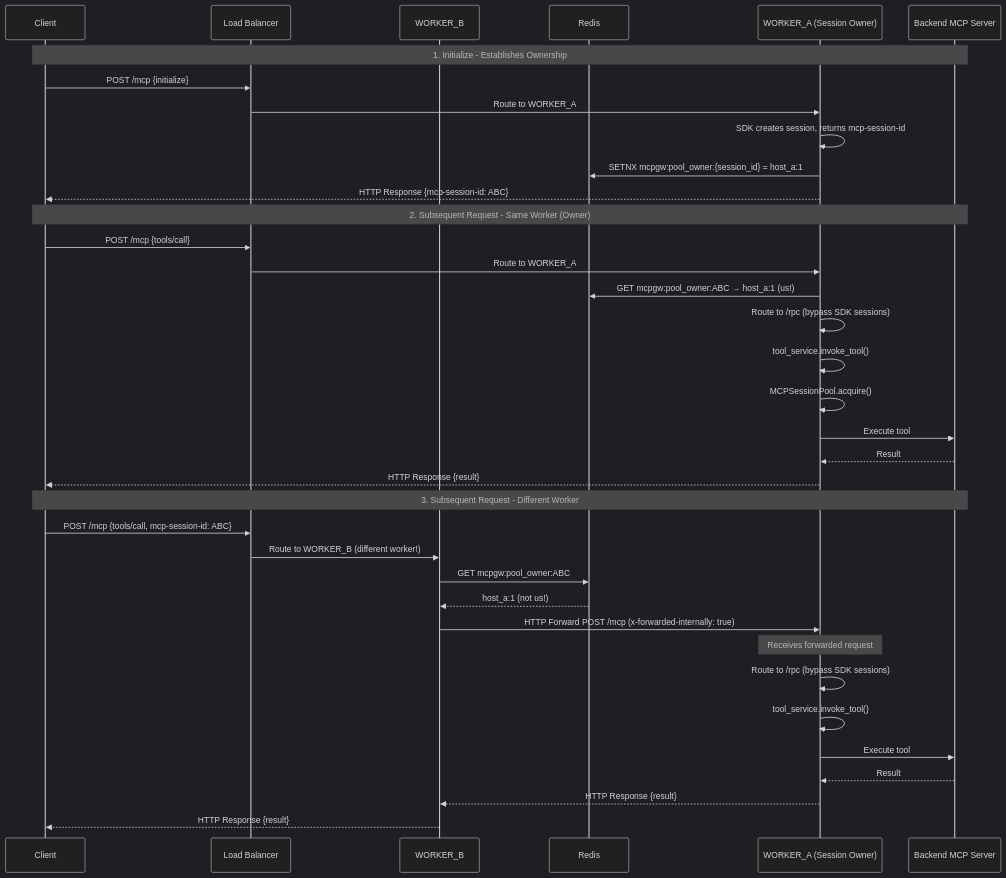
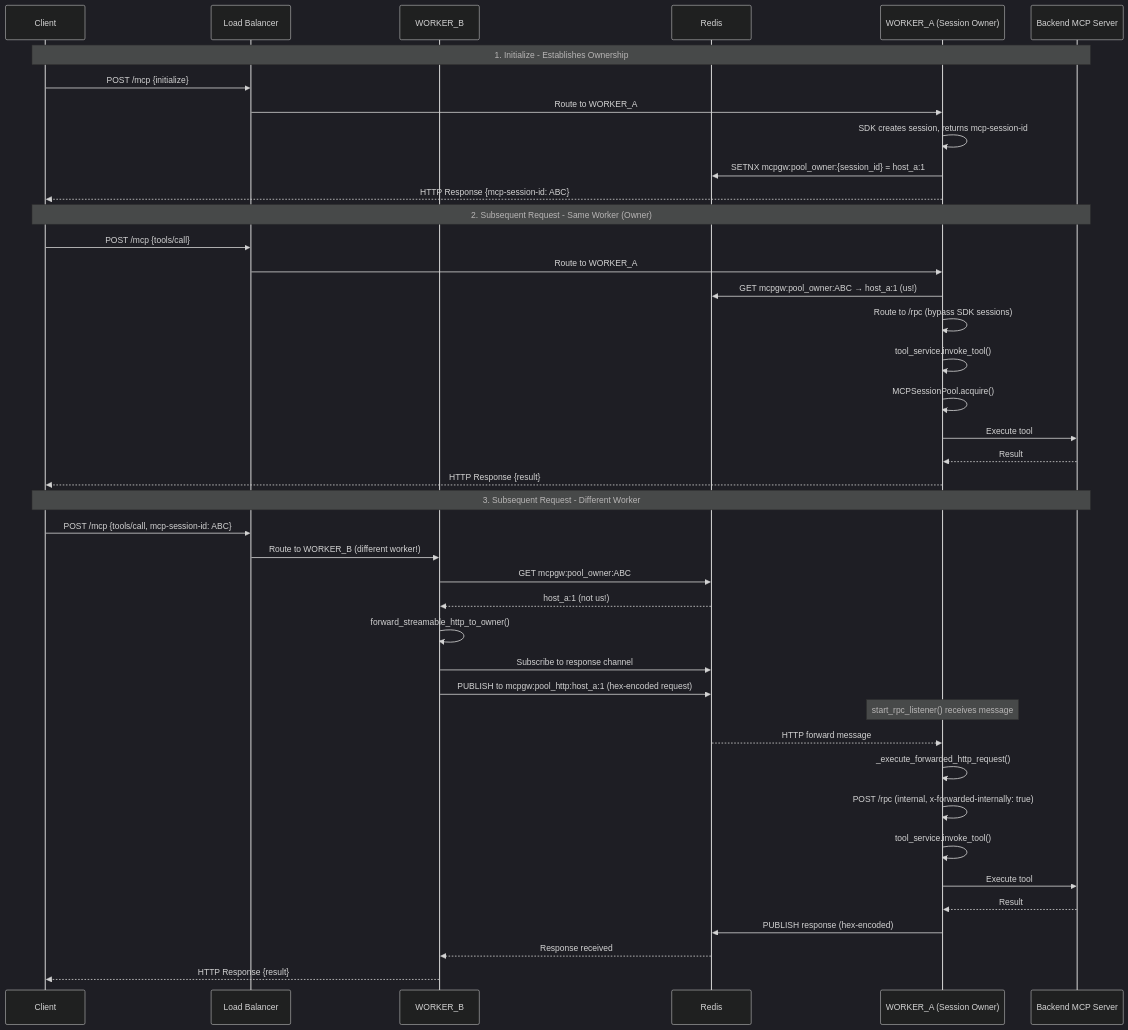
One commit to brian-hussey/mcp-context-forge changed the second of 2 diagrams in docs/docs/architecture/adr/038-multi-worker-session-affinity.md. Above: the diagram before and after it, drawn with Mermaid (dark theme). The commit also changed other lines of this file and 2 other files, not shown here.

Commit message:
Fix streamable http for single gunicorn Signed-off-by: Madhav Kandukuri <madhav165@gmail.com>

````diff
--- a/docs/docs/architecture/adr/038-multi-worker-session-affinity.md
+++ b/docs/docs/architecture/adr/038-multi-worker-session-affinity.md
@@ -210,43 +227,48 @@
 ```mermaid
 sequenceDiagram
     participant Client
     participant LB as Load Balancer
     participant WB as WORKER_B
     participant Redis
     participant WA as WORKER_A (Session Owner)
     participant Backend as Backend MCP Server
 
     Note over Client,Backend: 1. Initialize - Establishes Ownership
     Client->>LB: POST /mcp {initialize}
     LB->>WA: Route to WORKER_A
     WA->>WA: SDK creates session, returns mcp-session-id
     WA->>Redis: SETNX mcpgw:pool_owner:{session_id} = host_a:1
     WA-->>Client: HTTP Response {mcp-session-id: ABC}
 
     Note over Client,Backend: 2. Subsequent Request - Same Worker (Owner)
     Client->>LB: POST /mcp {tools/call}
     LB->>WA: Route to WORKER_A
     WA->>Redis: GET mcpgw:pool_owner:ABC → host_a:1 (us!)
     WA->>WA: Route to /rpc (bypass SDK sessions)
     WA->>WA: tool_service.invoke_tool()
     WA->>WA: MCPSessionPool.acquire()
     WA->>Backend: Execute tool
     Backend-->>WA: Result
     WA-->>Client: HTTP Response {result}
 
     Note over Client,Backend: 3. Subsequent Request - Different Worker
     Client->>LB: POST /mcp {tools/call, mcp-session-id: ABC}
     LB->>WB: Route to WORKER_B (different worker!)
     WB->>Redis: GET mcpgw:pool_owner:ABC
     Redis-->>WB: host_a:1 (not us!)
-    WB->>WA: HTTP Forward POST /mcp (x-forwarded-internally: true)
+    WB->>WB: forward_streamable_http_to_owner()
+    WB->>Redis: Subscribe to response channel
+    WB->>Redis: PUBLISH to mcpgw:pool_http:host_a:1 (hex-encoded request)
 
-    Note over WA: Receives forwarded request
-    WA->>WA: Route to /rpc (bypass SDK sessions)
+    Note over WA: start_rpc_listener() receives message
+    Redis-->>WA: HTTP forward message
+    WA->>WA: _execute_forwarded_http_request()
+    WA->>WA: POST /rpc (internal, x-forwarded-internally: true)
     WA->>WA: tool_service.invoke_tool()
     WA->>Backend: Execute tool
     Backend-->>WA: Result
-    WA-->>WB: HTTP Response {result}
+    WA->>Redis: PUBLISH response (hex-encoded)
+    Redis-->>WB: Response received
 
     WB-->>Client: HTTP Response {result}
 ```
````
